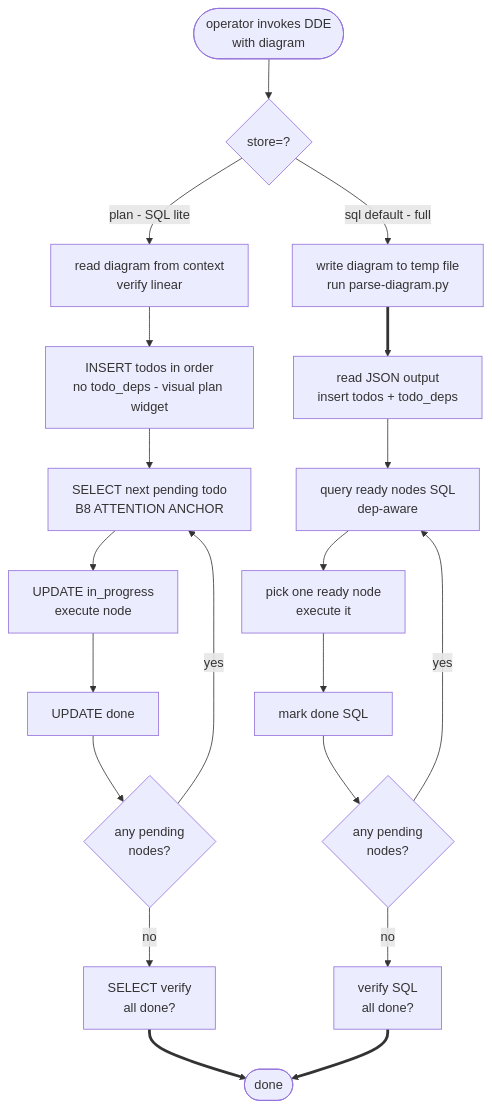
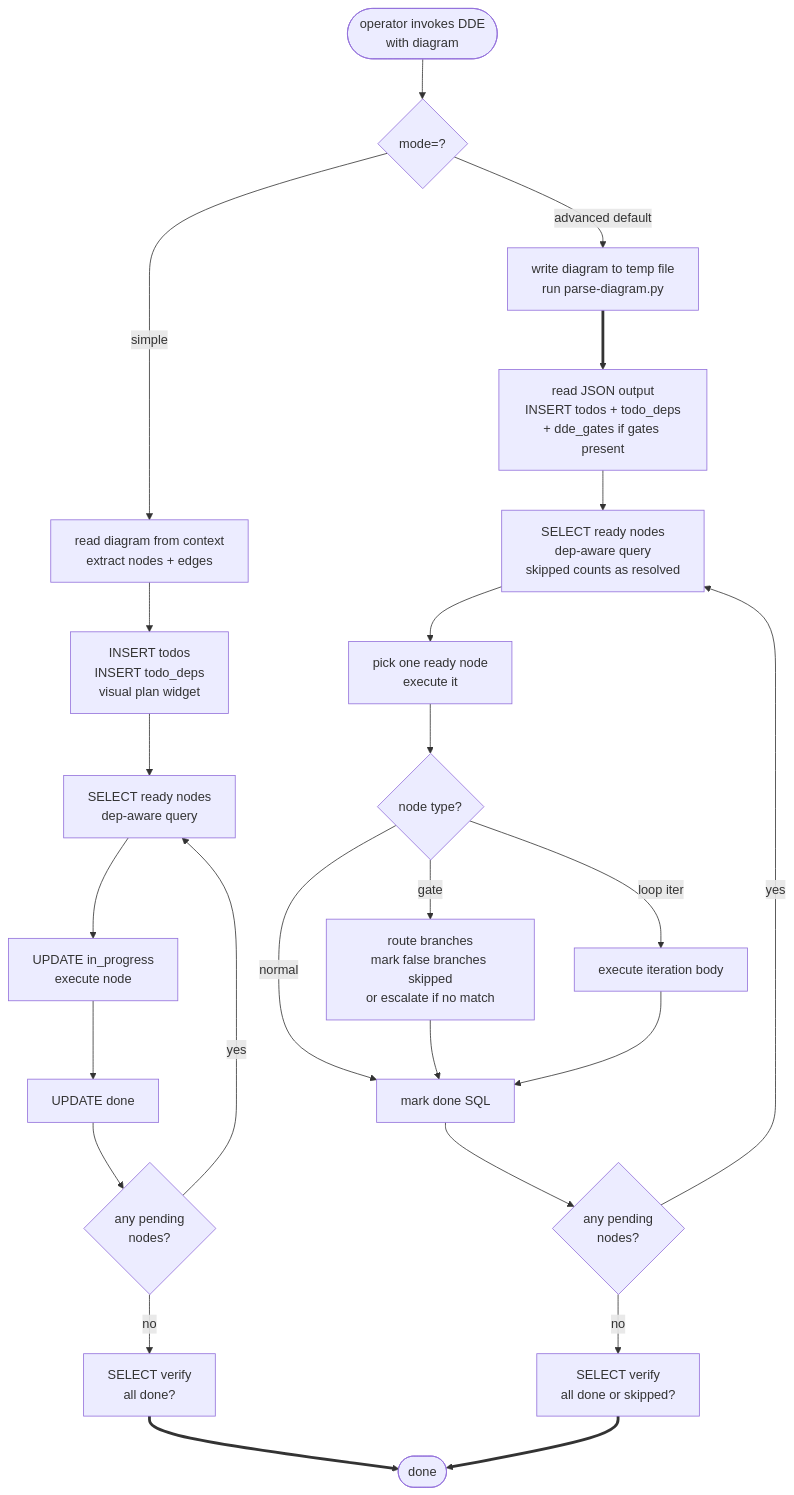
One commit to sergio-sisternes-epam/dde changed the diagram in skills/diagram-driven-execution/SKILL.md. Above: the diagram before and after it, drawn with Mermaid. The commit also changed other lines of this file and 6 other files, not shown here.

First line of the commit message:
feat: v0.5.0 — mode=simple/advanced replaces store=plan/sql

````diff
--- a/skills/diagram-driven-execution/SKILL.md
+++ b/skills/diagram-driven-execution/SKILL.md
@@ -158,24 +149,29 @@
 ```mermaid
 flowchart TD
-    Start([operator invokes DDE\nwith diagram]) --> Gate{store=?}
+    Start([operator invokes DDE\nwith diagram]) --> Gate{mode=?}
 
-    Gate -->|plan - SQL lite| P1[read diagram from context\nverify linear]
-    P1 --> P2[INSERT todos in order\nno todo_deps - visual plan widget]
-    P2 --> P3[SELECT next pending todo\nB8 ATTENTION ANCHOR]
+    Gate -->|simple| P1[read diagram from context\nextract nodes + edges]
+    P1 --> P2[INSERT todos\nINSERT todo_deps\nvisual plan widget]
+    P2 --> P3[SELECT ready nodes\ndep-aware query]
     P3 --> P4[UPDATE in_progress\nexecute node]
     P4 --> P5[UPDATE done]
     P5 --> P6{any pending\nnodes?}
+    P6 -->|yes| P3
     P6 -->|no| P7[SELECT verify\nall done?]
-    P6 -->|yes| P3
     P7 ==> Done([done])
 
-    Gate -->|sql default - full| S1[write diagram to temp file\nrun parse-diagram.py]
-    S1 ==> S2[read JSON output\ninsert todos + todo_deps]
-    S2 --> S3[query ready nodes SQL\ndep-aware]
+    Gate -->|advanced default| S1[write diagram to temp file\nrun parse-diagram.py]
+    S1 ==> S2[read JSON output\nINSERT todos + todo_deps\n+ dde_gates if gates present]
+    S2 --> S3[SELECT ready nodes\ndep-aware query\nskipped counts as resolved]
     S3 --> S4[pick one ready node\nexecute it]
-    S4 --> S5[mark done SQL]
-    S5 --> S6{any pending\nnodes?}
-    S6 -->|yes| S3
-    S6 -->|no| S7[verify SQL\nall done?]
-    S7 ==> Done
+    S4 --> S5{node type?}
+    S5 -->|gate| S6[route branches\nmark false branches skipped\nor escalate if no match]
+    S5 -->|loop iter| S7[execute iteration body]
+    S5 -->|normal| S8[mark done SQL]
+    S6 --> S8
+    S7 --> S8
+    S8 --> S9{any pending\nnodes?}
+    S9 -->|yes| S3
+    S9 -->|no| S10[SELECT verify\nall done or skipped?]
+    S10 ==> Done
 ```
````
